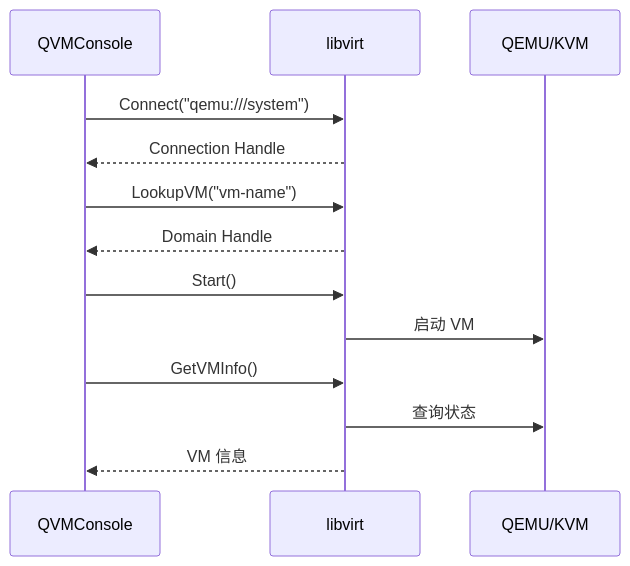
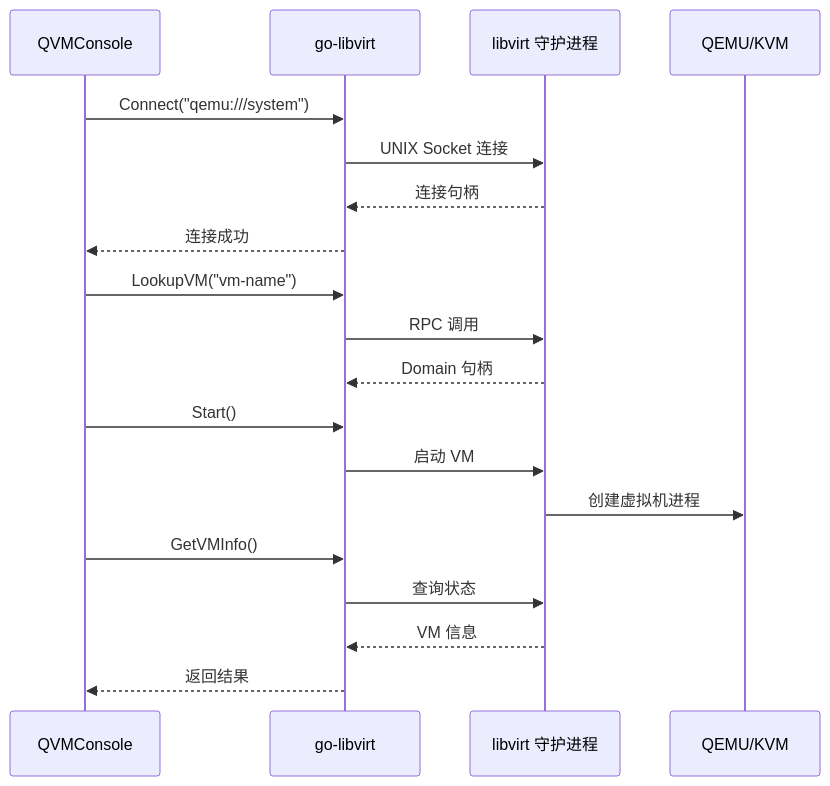
One commit to QVMConsole/docs changed diagram 14 of 18 in docs/feature-analysis/qvmconsole-architecture.mdx. Above: the diagram before and after it, drawn with Mermaid. The commit also changed other lines of this file, not shown here.

````diff
--- a/docs/feature-analysis/qvmconsole-architecture.mdx
+++ b/docs/feature-analysis/qvmconsole-architecture.mdx
@@ -419,19 +633,25 @@
 ```mermaid
 sequenceDiagram
     participant QVM as QVMConsole
-    participant Lib as libvirt
+    participant Lib as go-libvirt
+    participant Daemon as libvirt 守护进程
     participant QEMU as QEMU/KVM
-    
+
     QVM->>Lib: Connect("qemu:///system")
-    Lib-->>QVM: Connection Handle
-    
+    Lib->>Daemon: UNIX Socket 连接
+    Daemon-->>Lib: 连接句柄
+    Lib-->>QVM: 连接成功
+
     QVM->>Lib: LookupVM("vm-name")
-    Lib-->>QVM: Domain Handle
-    
+    Lib->>Daemon: RPC 调用
+    Daemon-->>Lib: Domain 句柄
+
     QVM->>Lib: Start()
-    Lib->>QEMU: 启动 VM
-    
+    Lib->>Daemon: 启动 VM
+    Daemon->>QEMU: 创建虚拟机进程
+
     QVM->>Lib: GetVMInfo()
-    Lib->>QEMU: 查询状态
-    Lib-->>QVM: VM 信息
+    Lib->>Daemon: 查询状态
+    Daemon-->>Lib: VM 信息
+    Lib-->>QVM: 返回结果
 ```
````
